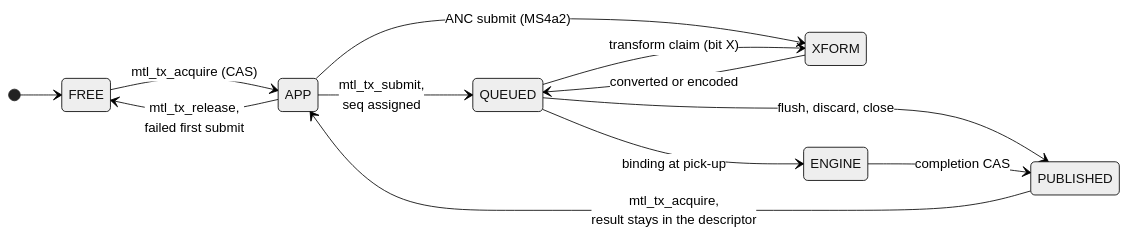
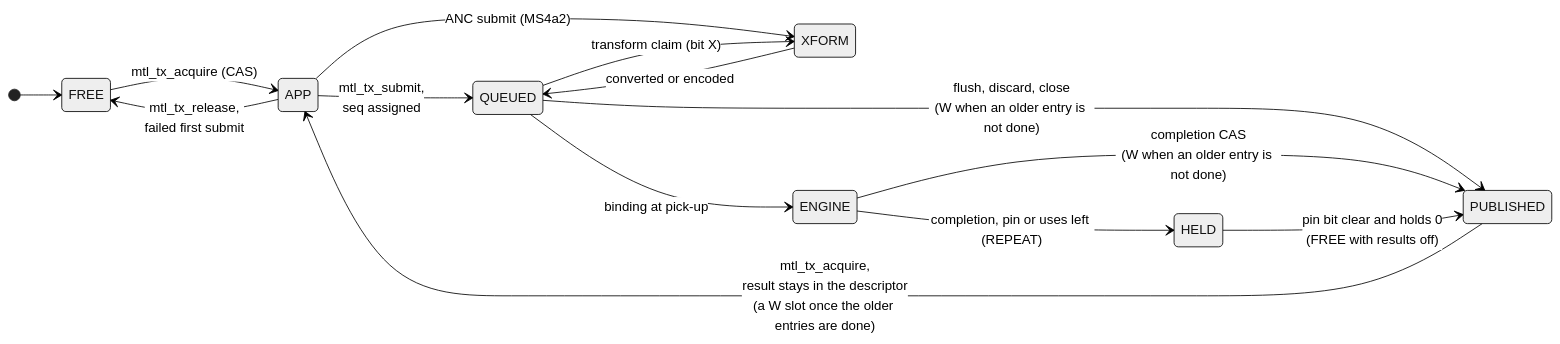
The fifth of 15 diagrams in doc/unified-api/core.md (OpenVisualCloud/Media-Transport-Library), drawn with Mermaid (neutral theme) before and after one commit. The commit also changed other lines of this file and 58 other files, not shown here.

````diff
--- a/doc/unified-api/core.md
+++ b/doc/unified-api/core.md
@@ -509,15 +509,17 @@
 ```mermaid
 stateDiagram-v2
     direction LR
     [*] --> FREE
     FREE --> APP: mtl_tx_acquire (CAS)
     APP --> FREE: mtl_tx_release,<br/>failed first submit
     APP --> QUEUED: mtl_tx_submit,<br/>seq assigned
     APP --> XFORM: ANC submit (MS4a2)
     QUEUED --> XFORM: transform claim (bit X)
     XFORM --> QUEUED: converted or encoded
     QUEUED --> ENGINE: binding at pick-up
-    QUEUED --> PUBLISHED: flush, discard, close
-    ENGINE --> PUBLISHED: completion CAS
-    PUBLISHED --> APP: mtl_tx_acquire,<br/>result stays in the descriptor
+    QUEUED --> PUBLISHED: flush, discard, close<br/>(W when an older entry is not done)
+    ENGINE --> PUBLISHED: completion CAS<br/>(W when an older entry is not done)
+    ENGINE --> HELD: completion, pin or uses left (REPEAT)
+    HELD --> PUBLISHED: pin bit clear and holds 0<br/>(FREE with results off)
+    PUBLISHED --> APP: mtl_tx_acquire,<br/>result stays in the descriptor<br/>(a W slot once the older entries are done)
 ```
````
